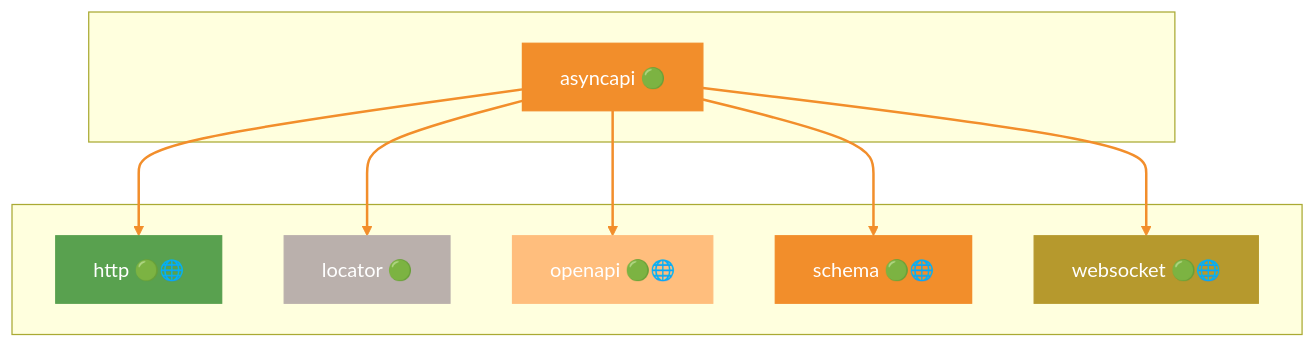
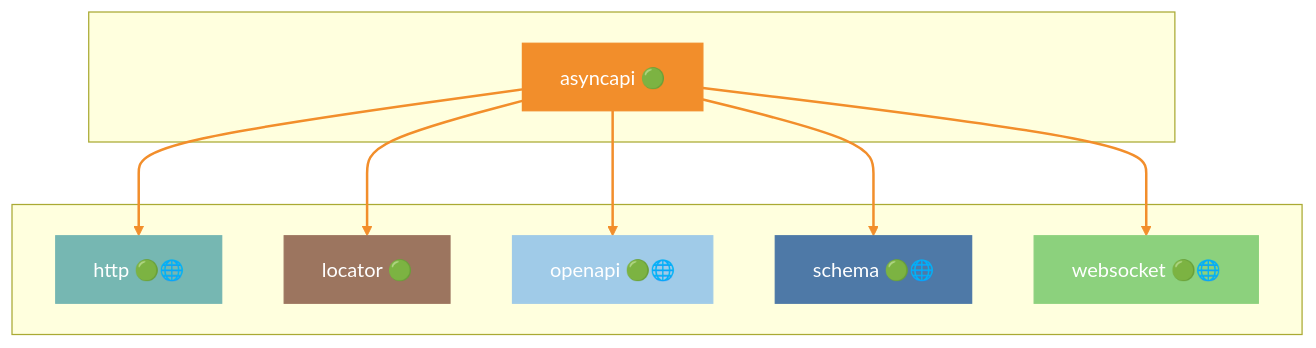
The third of 49 diagrams in docs/DEPENDENCIES.md (grest-ts/grest-ts), drawn with Mermaid before and after one commit. The commit also changed other lines of this file and 8 other files, not shown here.

````diff
--- a/docs/DEPENDENCIES.md
+++ b/docs/DEPENDENCIES.md
@@ -525,29 +519,29 @@
 ```mermaid
 flowchart TB
     subgraph Package[" "]
         asyncapi["asyncapi 🟢"]
     end
     subgraph Dependencies[" "]
         http["http 🟢🌐"]
         locator["locator 🟢"]
         openapi["openapi 🟢🌐"]
         schema["schema 🟢🌐"]
         websocket["websocket 🟢🌐"]
     end
     asyncapi --> http
     asyncapi --> locator
     asyncapi --> openapi
     asyncapi --> schema
     asyncapi --> websocket
     style asyncapi fill:#F28E2B,stroke:#F28E2B,color:#fff
-    style http fill:#59A14F,stroke:#59A14F,color:#fff
-    style locator fill:#BAB0AC,stroke:#BAB0AC,color:#fff
-    style openapi fill:#FFBE7D,stroke:#FFBE7D,color:#fff
-    style schema fill:#F28E2B,stroke:#F28E2B,color:#fff
-    style websocket fill:#B6992D,stroke:#B6992D,color:#fff
+    style http fill:#76B7B2,stroke:#76B7B2,color:#fff
+    style locator fill:#9C755F,stroke:#9C755F,color:#fff
+    style openapi fill:#A0CBE8,stroke:#A0CBE8,color:#fff
+    style schema fill:#4E79A7,stroke:#4E79A7,color:#fff
+    style websocket fill:#8CD17D,stroke:#8CD17D,color:#fff
     linkStyle 0 stroke:#F28E2B,stroke-width:2px
     linkStyle 1 stroke:#F28E2B,stroke-width:2px
     linkStyle 2 stroke:#F28E2B,stroke-width:2px
     linkStyle 3 stroke:#F28E2B,stroke-width:2px
     linkStyle 4 stroke:#F28E2B,stroke-width:2px
 ```
````
